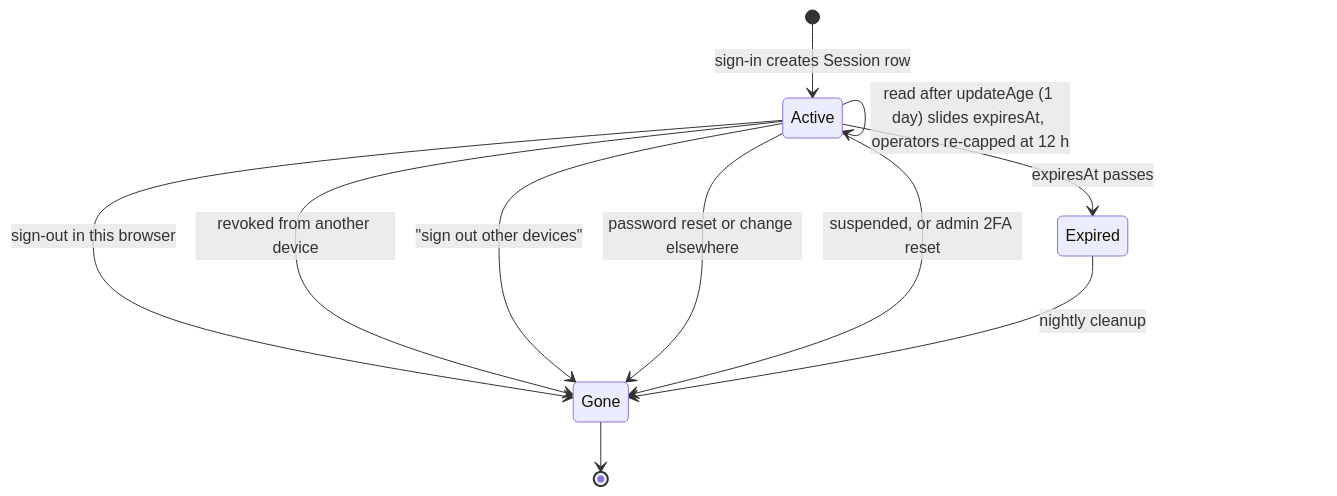
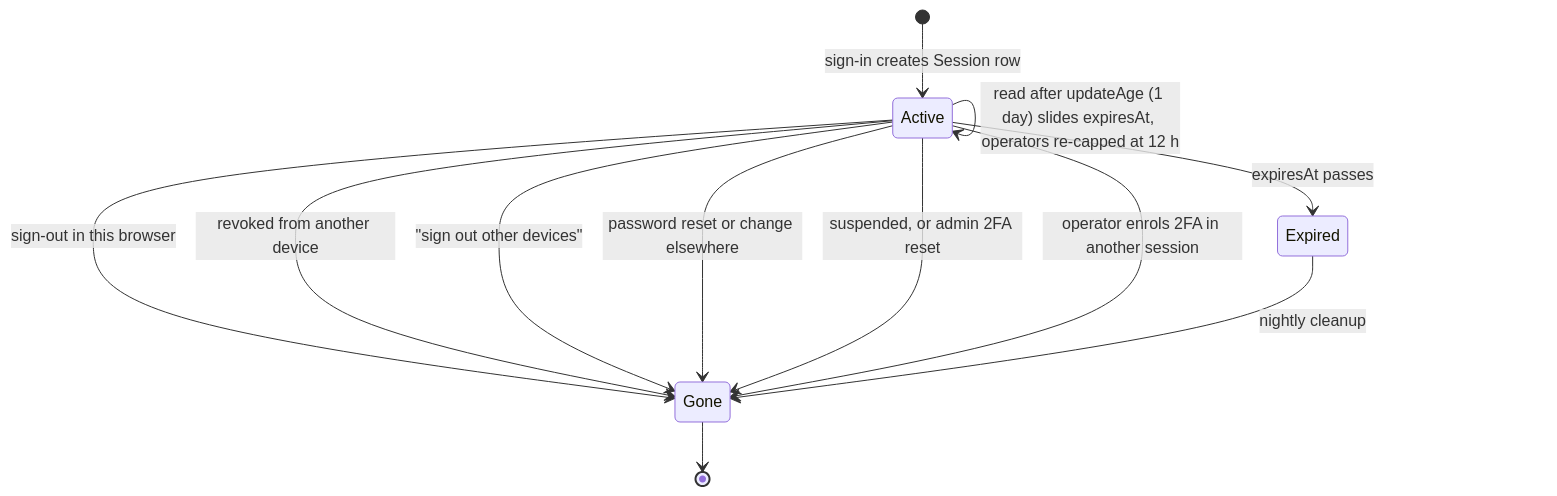
Before and after one commit to Practitionist/familiarise_web: the sixth of 9 diagrams in docs/authentication/architecture.md, drawn with Mermaid. The commit also changed other lines of this file and 80 other files, not shown here.

````diff
--- a/docs/authentication/architecture.md
+++ b/docs/authentication/architecture.md
@@ -269,13 +291,14 @@
 ```mermaid
 stateDiagram-v2
   [*] --> Active: sign-in creates Session row
   Active --> Active: read after updateAge (1 day) slides expiresAt, operators re-capped at 12 h
   Active --> Gone: sign-out in this browser
   Active --> Gone: revoked from another device
   Active --> Gone: "sign out other devices"
   Active --> Gone: password reset or change elsewhere
   Active --> Gone: suspended, or admin 2FA reset
+  Active --> Gone: operator enrols 2FA in another session
   Active --> Expired: expiresAt passes
   Expired --> Gone: nightly cleanup
   Gone --> [*]
 ```
````
